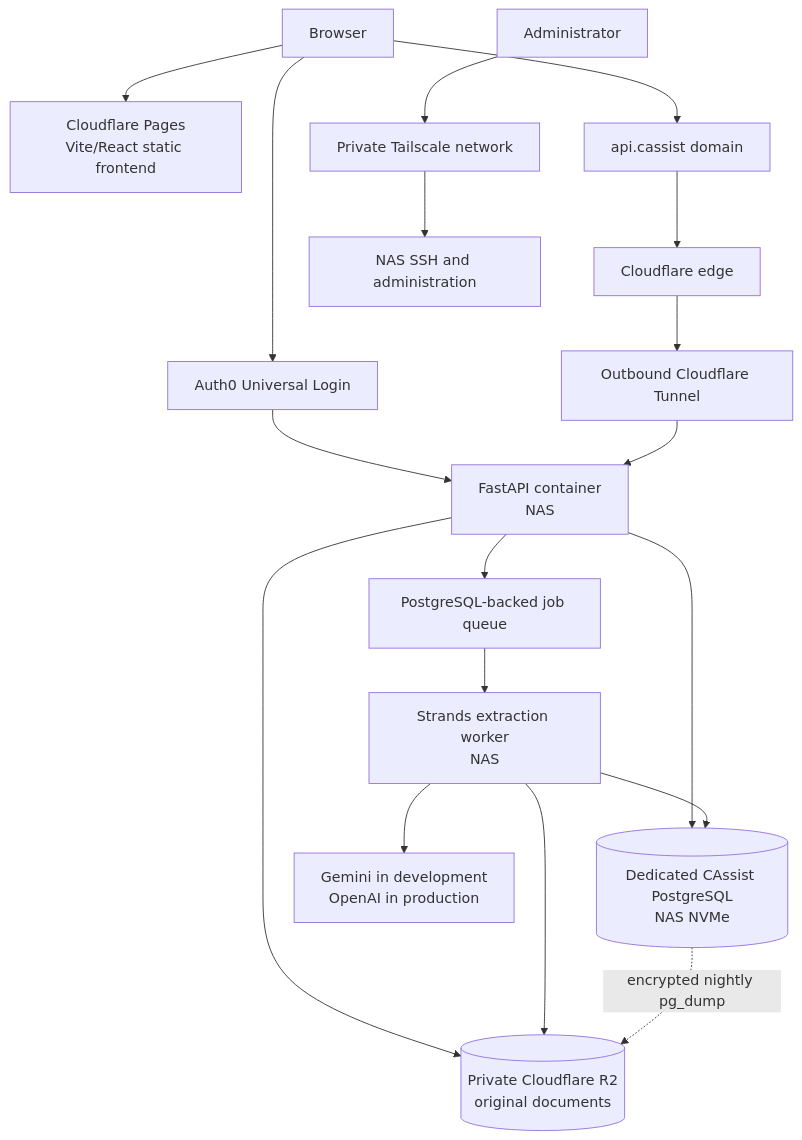
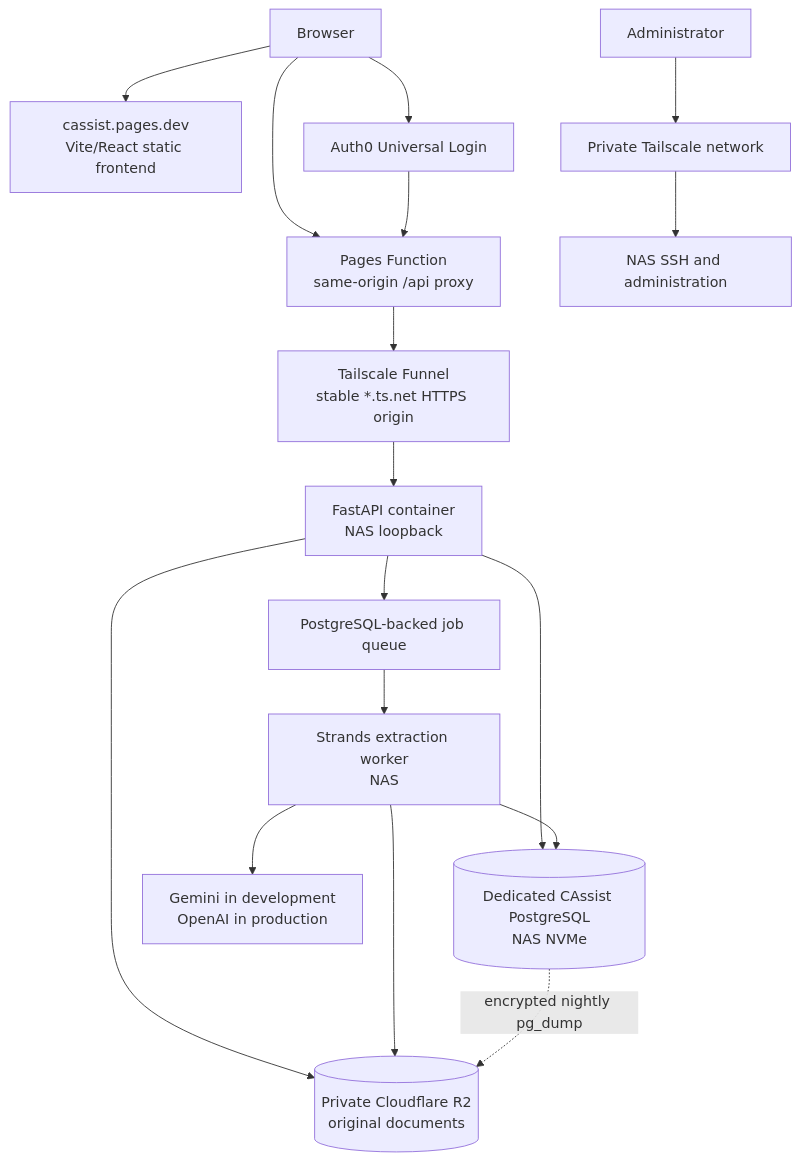
The fourth of 4 diagrams in ARCHITECTURE.md (SriCharanGundla/CAssist), drawn with Mermaid before and after one commit. The commit also changed other lines of this file and 19 other files, not shown here.

````diff
--- a/ARCHITECTURE.md
+++ b/ARCHITECTURE.md
@@ -1153,20 +1155,19 @@
 ```mermaid
 flowchart TD
-    USER["Browser"] --> PAGES["Cloudflare Pages<br/>Vite/React static frontend"]
+    USER["Browser"] --> PAGES["cassist.pages.dev<br/>Vite/React static frontend"]
+    USER --> PROXY["Pages Function<br/>same-origin /api proxy"]
     USER --> AUTH0["Auth0 Universal Login"]
-    AUTH0 --> API
-    USER --> APIHOST["api.cassist domain"]
-    APIHOST --> EDGE["Cloudflare edge"]
-    EDGE --> TUNNEL["Outbound Cloudflare Tunnel"]
-    TUNNEL --> API["FastAPI container<br/>NAS"]
+    AUTH0 --> PROXY
+    PROXY --> FUNNEL["Tailscale Funnel<br/>stable *.ts.net HTTPS origin"]
+    FUNNEL --> API["FastAPI container<br/>NAS loopback"]
     API --> QUEUE["PostgreSQL-backed job queue"]
     QUEUE --> WORKER["Strands extraction worker<br/>NAS"]
     API --> DB[("Dedicated CAssist PostgreSQL<br/>NAS NVMe")]
     WORKER --> DB
     API --> R2[("Private Cloudflare R2<br/>original documents")]
     WORKER --> R2
     WORKER --> MODELS["Gemini in development<br/>OpenAI in production"]
     DB -. "encrypted nightly pg_dump" .-> R2
     ADMIN["Administrator"] --> TAILSCALE["Private Tailscale network"]
     TAILSCALE --> NASADMIN["NAS SSH and administration"]
 ```
````
